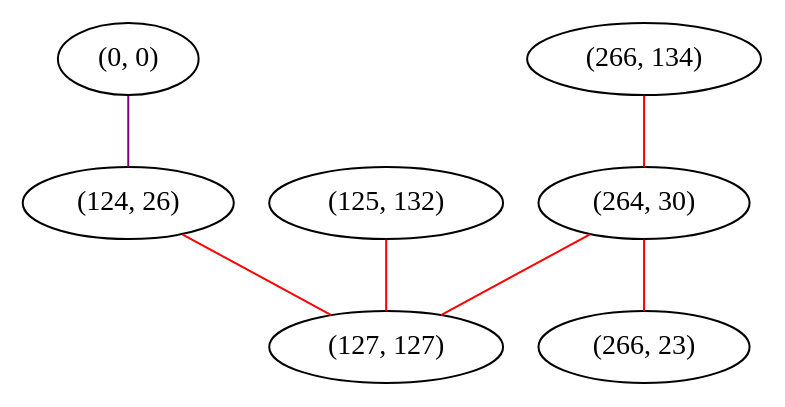
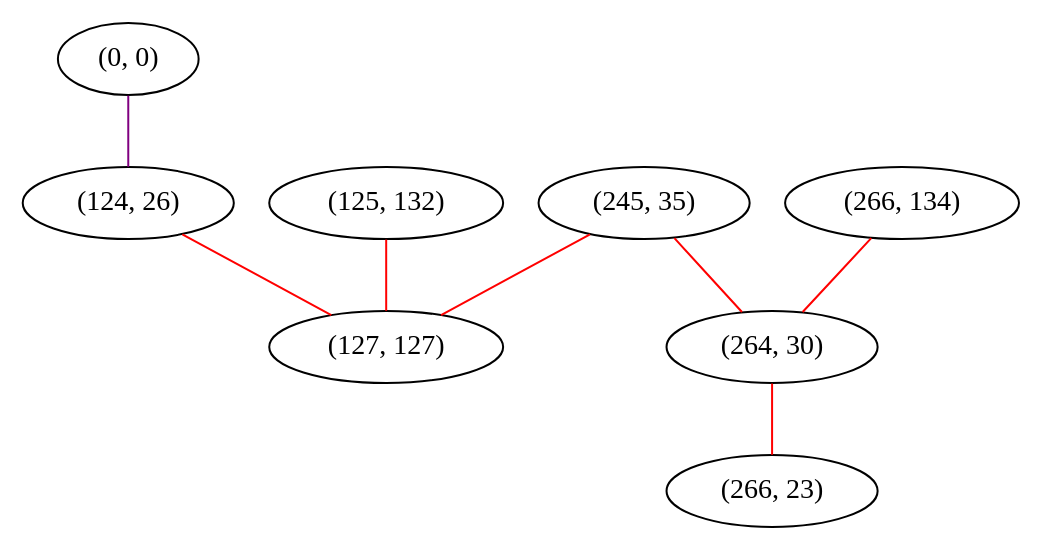
The diagram in graphviz/dejavu-sans/z.gv (FelixMcFelix/sip-for-cv-paper), drawn with Graphviz before and after one commit. The commit also changed 121 other files, not shown here.

First line of the commit message:
[MakeGraph] Better Graph Generation

```diff
--- a/graphviz/dejavu-sans/z.gv
+++ b/graphviz/dejavu-sans/z.gv
@@ -1,15 +1,17 @@
 graph "" {
 "(0, 0)";
 "(266, 134)";
+"(245, 35)";
 "(264, 30)";
 "(266, 23)";
 "(124, 26)";
 "(125, 132)";
 "(127, 127)";
 "(0, 0)" -- "(124, 26)"  [color=purple, key=0, weight=4];
 "(266, 134)" -- "(264, 30)"  [color=red, key=0, weight=1];
+"(245, 35)" -- "(264, 30)"  [color=red, key=0, weight=1];
+"(245, 35)" -- "(127, 127)"  [color=red, key=0, weight=1];
 "(264, 30)" -- "(266, 23)"  [color=red, key=0, weight=1];
-"(264, 30)" -- "(127, 127)"  [color=red, key=0, weight=1];
 "(124, 26)" -- "(127, 127)"  [color=red, key=0, weight=1];
 "(125, 132)" -- "(127, 127)"  [color=red, key=0, weight=1];
 }
```
